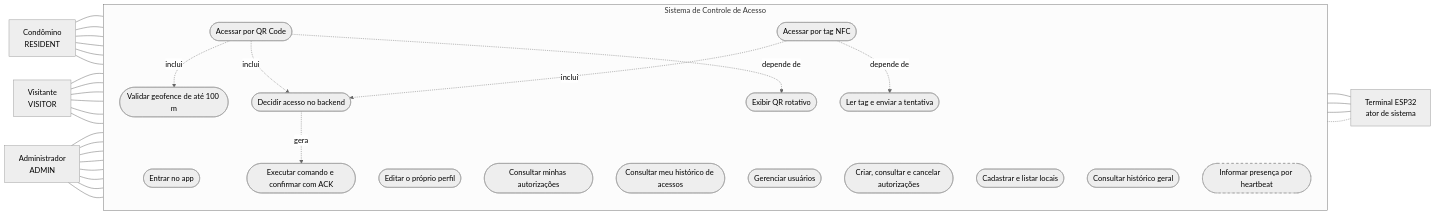
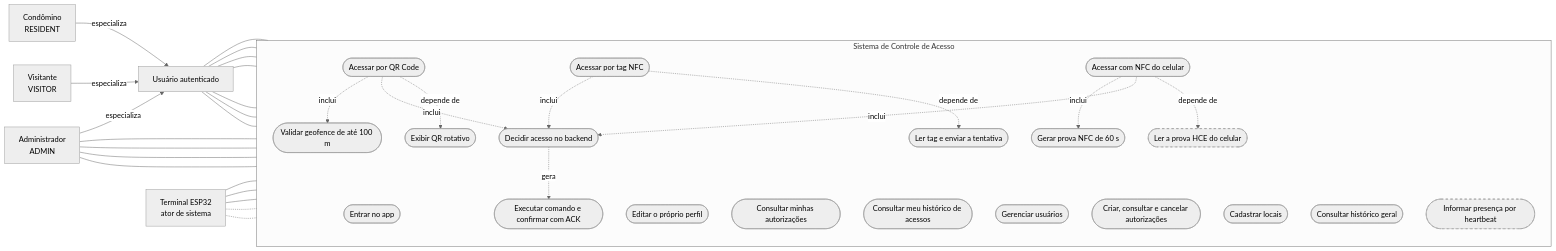
The diagram in docs/architecture/casos-de-uso.md (ErrorSquad-ABP/ABP4-Sistema-Controle-Acesso), drawn with Mermaid (neutral theme) before and after one commit. The commit also changed other lines of this file and 6 other files, not shown here.

First line of the commit message:
docs: alinha os diagramas da US-35 com a main e com a revisao

````diff
--- a/docs/architecture/casos-de-uso.md
+++ b/docs/architecture/casos-de-uso.md
@@ -11,47 +11,54 @@
 ```mermaid
 flowchart LR
-  ADM["Administrador<br/>ADMIN"]
+  USR["Usuário autenticado"]
   COND["Condômino<br/>RESIDENT"]
   VIS["Visitante<br/>VISITOR"]
+  ADM["Administrador<br/>ADMIN"]
   TER["Terminal ESP32<br/>ator de sistema"]
+
+  COND -->|especializa| USR
+  VIS -->|especializa| USR
+  ADM -->|especializa| USR
 
   subgraph SIS["Sistema de Controle de Acesso"]
     direction TB
     UC1(["Entrar no app"])
     UC2(["Editar o próprio perfil"])
     UC3(["Consultar minhas autorizações"])
     UC4(["Consultar meu histórico de acessos"])
     UC5(["Acessar por QR Code"])
     UC6(["Acessar por tag NFC"])
-    UC7(["Gerenciar usuários"])
-    UC8(["Criar, consultar e cancelar autorizações"])
-    UC9(["Cadastrar e listar locais"])
-    UC10(["Consultar histórico geral"])
-    UC11(["Exibir QR rotativo"])
-    UC12(["Ler tag e enviar a tentativa"])
-    UC13(["Executar comando e confirmar com ACK"])
-    UC14(["Informar presença por heartbeat"])
+    UC7(["Acessar com NFC do celular"])
+    UC8(["Gerar prova NFC de 60 s"])
+    UC9(["Gerenciar usuários"])
+    UC10(["Criar, consultar e cancelar autorizações"])
+    UC11(["Cadastrar locais"])
+    UC12(["Consultar histórico geral"])
+    UC13(["Exibir QR rotativo"])
+    UC14(["Ler tag e enviar a tentativa"])
+    UC15(["Ler a prova HCE do celular"])
+    UC16(["Executar comando e confirmar com ACK"])
+    UC17(["Informar presença por heartbeat"])
     INC1(["Validar geofence de até 100 m"])
     INC2(["Decidir acesso no backend"])
   end
 
-  COND --- UC1 & UC2 & UC3 & UC4 & UC5 & UC6
-  VIS --- UC1 & UC2 & UC3 & UC4 & UC5 & UC6
-  ADM --- UC1 & UC2 & UC7 & UC8 & UC9 & UC10
-  ADM --- UC5 & UC6
+  USR --- UC1 & UC2 & UC3 & UC4 & UC5 & UC6 & UC7
+  ADM --- UC9 & UC10 & UC11 & UC12
 
-  UC5 -. inclui .-> INC1
-  UC5 -. inclui .-> INC2
-  UC6 -. inclui .-> INC2
-  UC5 -. depende de .-> UC11
-  UC6 -. depende de .-> UC12
-  INC2 -. gera .-> UC13
+  UC5 -.->|inclui| INC1
+  UC5 -.->|inclui| INC2
+  UC6 -.->|inclui| INC2
+  UC7 -.->|inclui| UC8
+  UC7 -.->|inclui| INC2
+  UC5 -.->|depende de| UC13
+  UC6 -.->|depende de| UC14
+  UC7 -.->|depende de| UC15
+  INC2 -.->|gera| UC16
 
-  UC11 --- TER
-  UC12 --- TER
-  UC13 --- TER
-  UC14 -.- TER
+  TER --- UC13 & UC14 & UC16
+  TER -.- UC15 & UC17
 
   classDef pendente stroke-dasharray: 5 5
-  class UC14 pendente
+  class UC15,UC17 pendente
 ```
````
